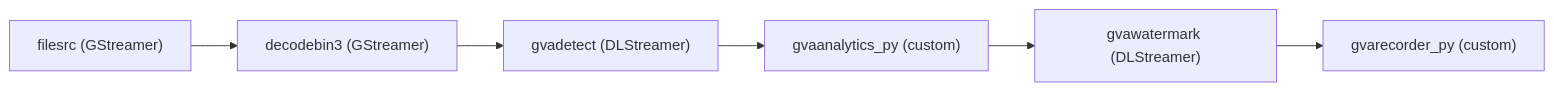
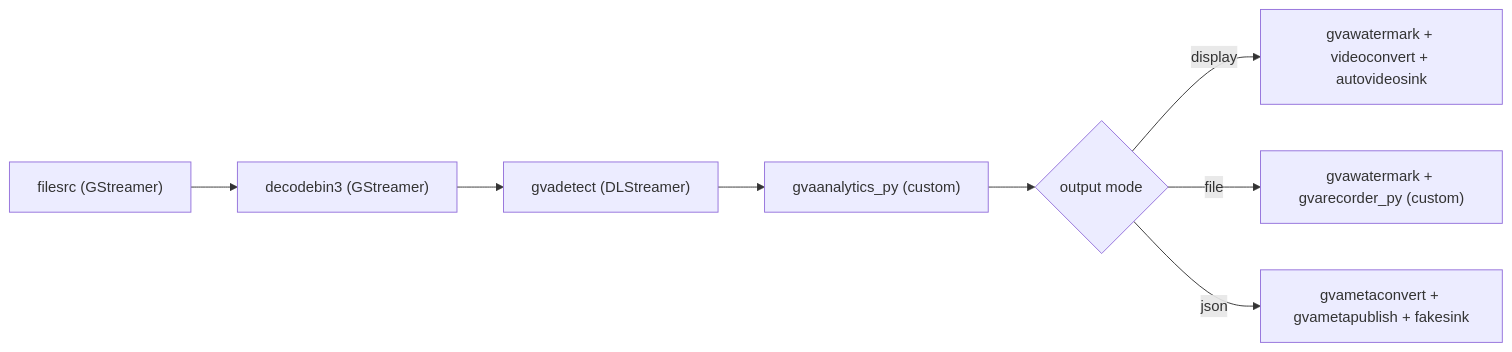
One commit to open-edge-platform/dlstreamer changed the diagram in samples/gstreamer/python/smart_nvr/README.md. Above: the diagram before and after it, drawn with Mermaid. The commit also changed other lines of this file and 2 other files, not shown here.

````diff
--- a/samples/gstreamer/python/smart_nvr/README.md
+++ b/samples/gstreamer/python/smart_nvr/README.md
@@ -13,8 +13,10 @@
 ```mermaid
 graph LR
         A["filesrc (GStreamer)"] --> B["decodebin3 (GStreamer)"]
         B --> C["gvadetect (DLStreamer)"]
         C --> D["gvaanalytics_py (custom)"]
-        D --> E["gvawatermark (DLStreamer)"]
-        E --> F["gvarecorder_py (custom)"]
+        D --> E{output mode}
+        E -->|display| F["gvawatermark + videoconvert + autovideosink"]
+        E -->|file| G["gvawatermark + gvarecorder_py (custom)"]
+        E -->|json| H["gvametaconvert + gvametapublish + fakesink"]
 ```
````
